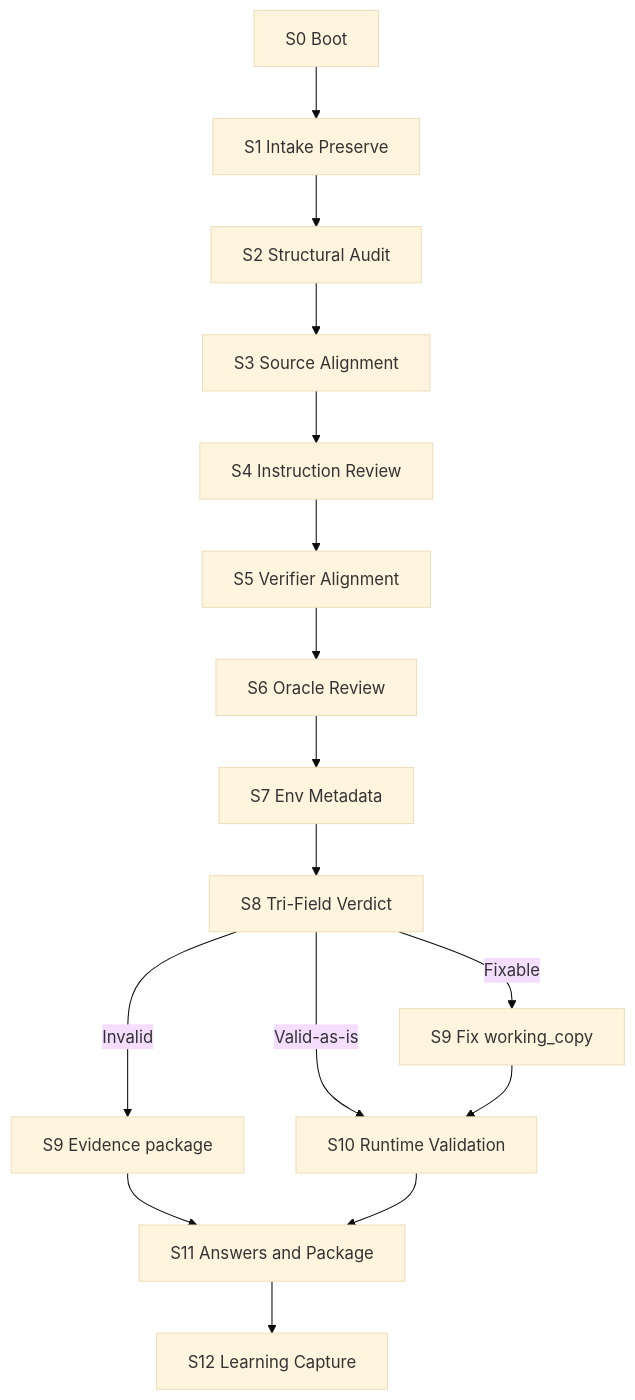
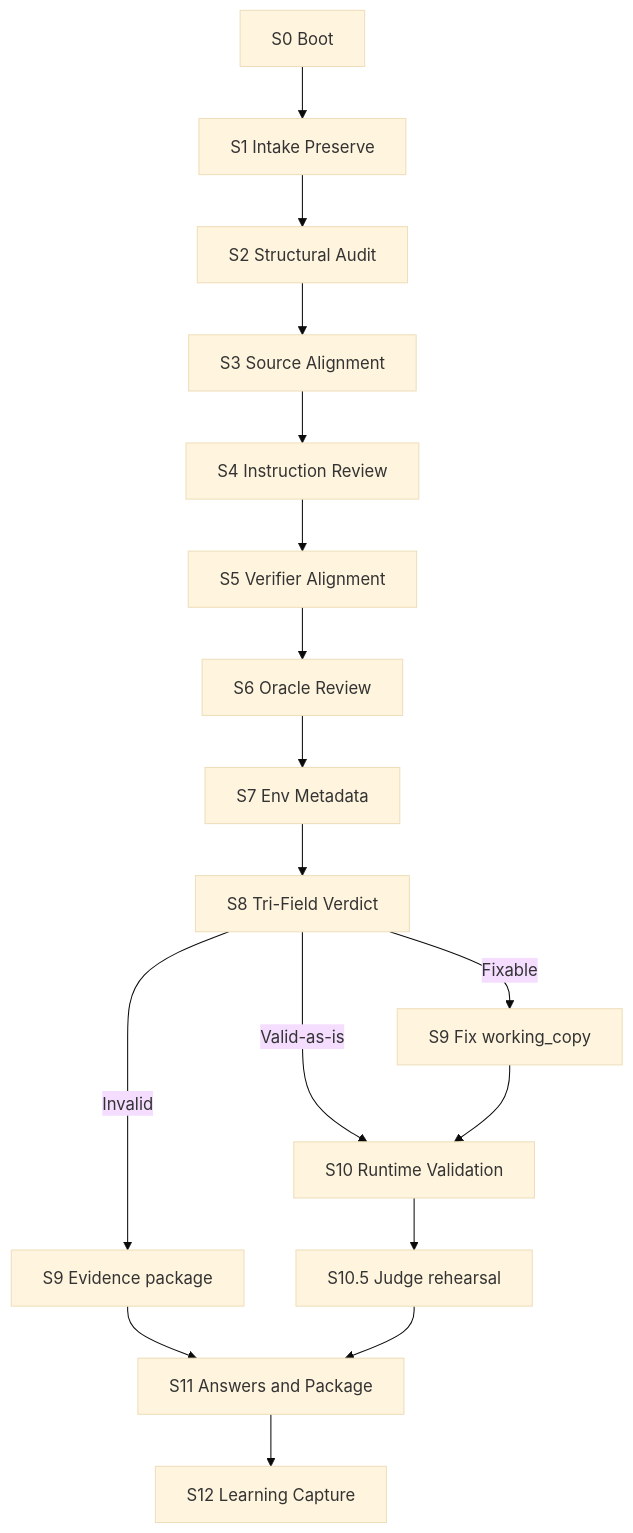
One commit to PranayAkuthota/Sentinal changed the diagram in docs/WORKFLOW.md. Above: the diagram before and after it, drawn with Mermaid (base theme). The commit also changed other lines of this file and 8 other files, not shown here.

First line of the commit message:
Wire S10.5 judge rehearsal into preflight and Execution 05

````diff
--- a/docs/WORKFLOW.md
+++ b/docs/WORKFLOW.md
@@ -33,18 +34,19 @@
 ```mermaid
 flowchart TD
   S0[S0 Boot] --> S1[S1 Intake Preserve]
   S1 --> S2[S2 Structural Audit]
   S2 --> S3[S3 Source Alignment]
   S3 --> S4[S4 Instruction Review]
   S4 --> S5[S5 Verifier Alignment]
   S5 --> S6[S6 Oracle Review]
   S6 --> S7[S7 Env Metadata]
   S7 --> S8[S8 Tri-Field Verdict]
   S8 -->|Valid-as-is| S10
   S8 -->|Fixable| S9F[S9 Fix working_copy]
   S8 -->|Invalid| S9I[S9 Evidence package]
   S9F --> S10[S10 Runtime Validation]
   S9I --> S11
-  S10 --> S11[S11 Answers and Package]
+  S10 --> S105[S10.5 Judge rehearsal]
+  S105 --> S11[S11 Answers and Package]
   S11 --> S12[S12 Learning Capture]
 ```
````
